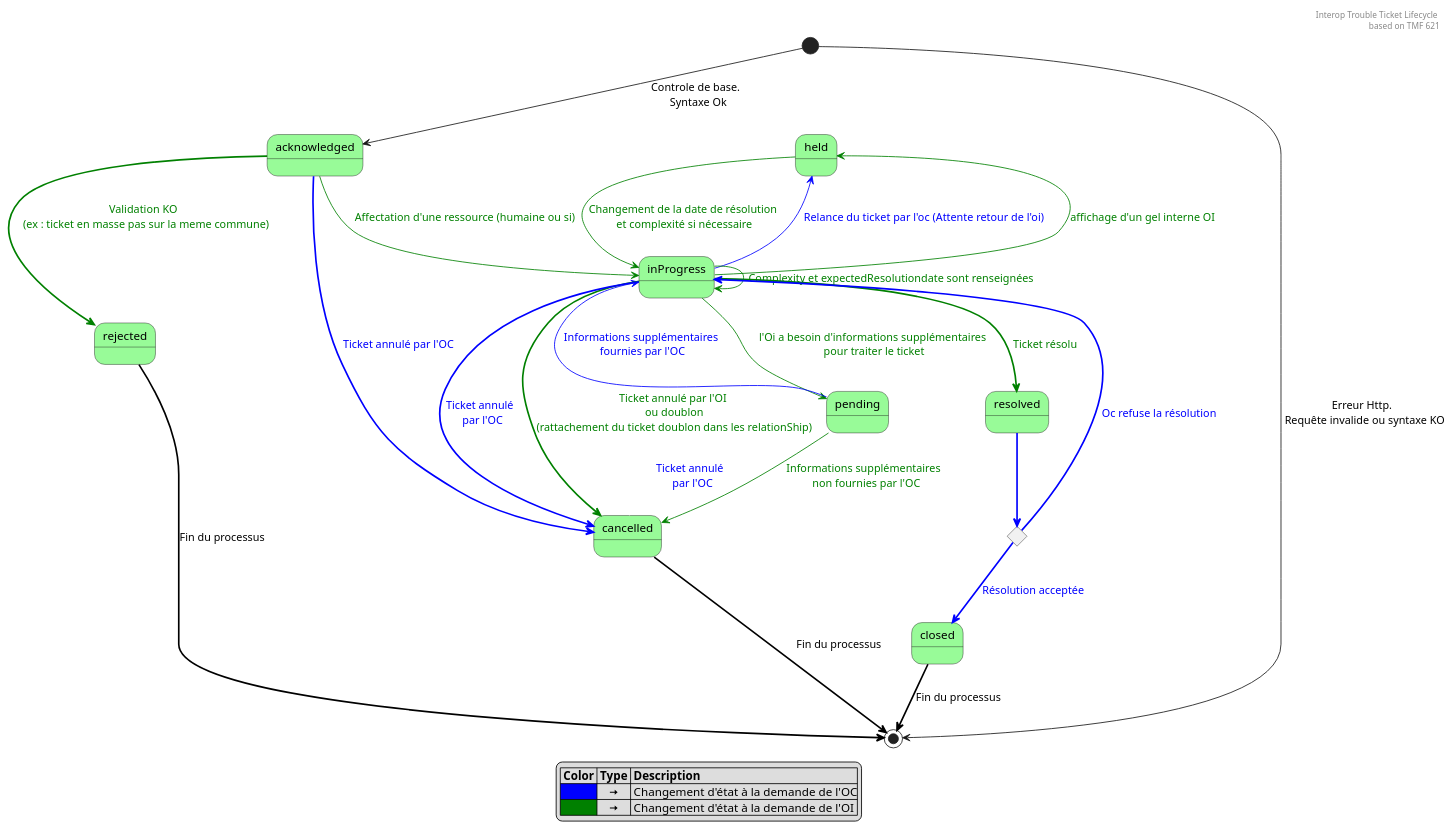
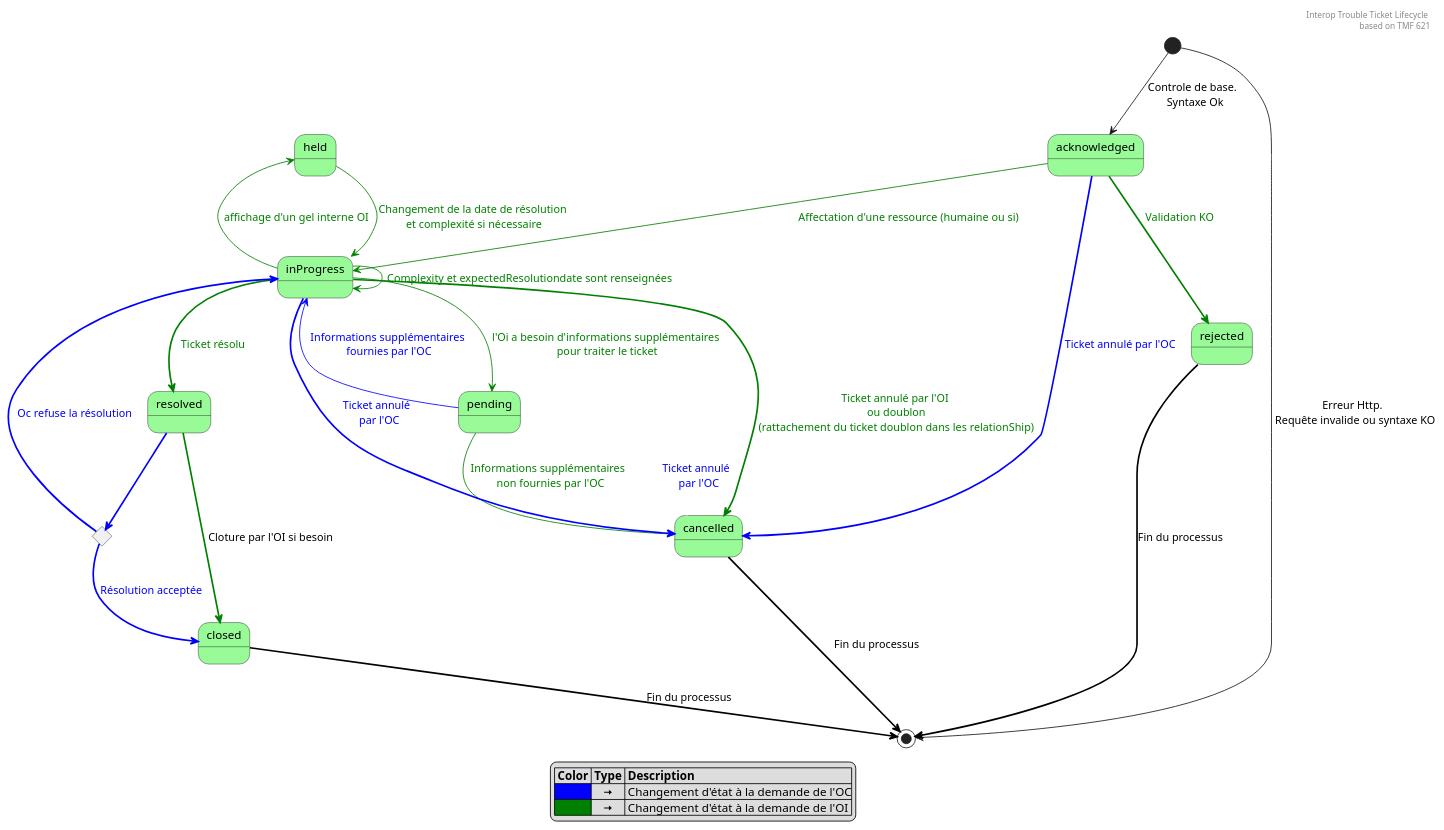
The diagram in Ticketing/lifecycle.puml (before-interop/ticketing), drawn with PlantUML before and after one commit.

Commit message:
feature(core): Suppression transition en held par l'oc + suppression des validations fonctionnelles à Acknowledge + ajout de la transition resolved -> closed par l'oi

```diff
--- a/Ticketing/lifecycle.puml
+++ b/Ticketing/lifecycle.puml
@@ -1,48 +1,48 @@
 @startuml
 header Interop Trouble Ticket Lifecycle \nbased on TMF 621
 
 
 state acknowledged #palegreen
 state inProgress #palegreen
 state closed #palegreen
 state rejected #palegreen
 state cancelled #palegreen
 state resolved #palegreen
 state choice <<choice>>
 state held #palegreen
 state pending #palegreen
 
 [*] --> acknowledged: Controle de base. \n Syntaxe Ok
 [*] --> [*]: Erreur Http. \n Requête invalide ou syntaxe KO
 
 acknowledged -[#green]-> inProgress: <color:#green>Affectation d'une ressource (humaine ou si)
-acknowledged -[bold,#green]-> rejected: <color:#green>Validation KO \n <color:#green>(ex : ticket en masse pas sur la meme commune)
+acknowledged -[bold,#green]-> rejected: <color:#green>Validation KO
 acknowledged -[bold,#blue]-> cancelled: <color:#blue>Ticket annulé par l'OC
 
 inProgress -[#green]-> pending: <color:#green>l'Oi a besoin d'informations supplémentaires\n<color:#green> pour traiter le ticket
 pending -right[#green]-> cancelled: <color:#green>Informations supplémentaires \n <color:#green>non fournies par l'OC
 pending -[#bue]-> cancelled: <color:#blue>Ticket annulé \n<color:#blue> par l'OC
 pending -[#blue]-> inProgress: <color:#blue>Informations supplémentaires \n<color:#blue>fournies par l'OC
 inProgress -[bold,#green]-> cancelled: <color:#green>Ticket annulé par l'OI \n<color:#green> ou doublon \n<color:#green>(rattachement du ticket doublon dans les relationShip)
 inProgress -[bold,#blue]-> cancelled: <color:#blue>Ticket annulé \n<color:#blue> par l'OC
 inProgress -[bold,#green]-> resolved: <color:#green>Ticket résolu
 inProgress -up[#green]-> held: <color:#green>affichage d'un gel interne OI
-inProgress -[#blue]-> held: <color:#blue>Relance du ticket par l'oc (Attente retour de l'oi)
 inProgress -[#green]-> inProgress : <color:#green>Complexity et expectedResolutiondate sont renseignées
 held -[#green]-> inProgress: <color:#green>Changement de la date de résolution\n<color:#green> et complexité si nécessaire
 
 resolved -[bold,#blue]-> choice
+resolved -[bold,#green]-> closed: Cloture par l'OI si besoin
 choice -[bold,#blue]-> inProgress: <color:#blue>Oc refuse la résolution
 choice -[bold,#blue]-> closed: <color:#blue>Résolution acceptée
 
 closed -[bold,#black]-> [*]: Fin du processus
 cancelled -[bold,#black]-> [*]: Fin du processus
 rejected -[bold,#black]-> [*]: Fin du processus
 
 legend
     |= Color |= Type |= Description |
     |<#blue>|    <&arrow-right> | Changement d'état à la demande de l'OC|
     |<#green>|    <&arrow-right> | Changement d'état à la demande de l'OI |
 endlegend
 
 @enduml
```
